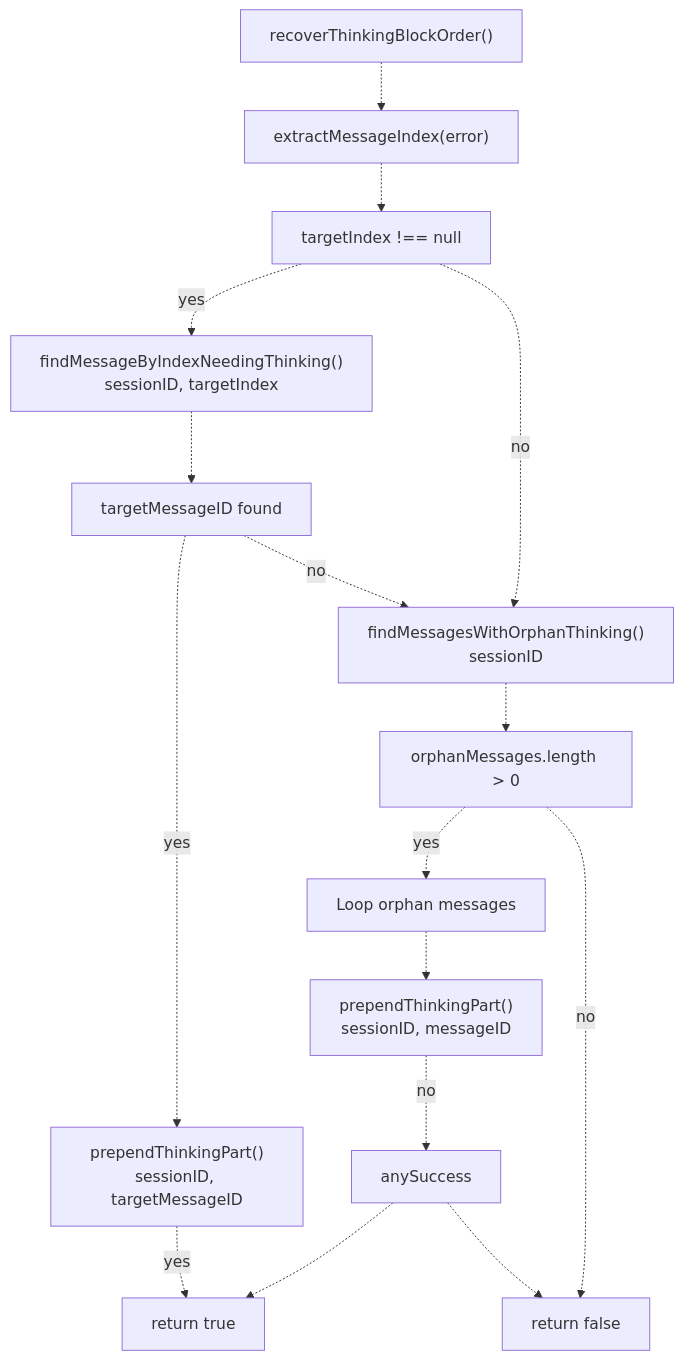
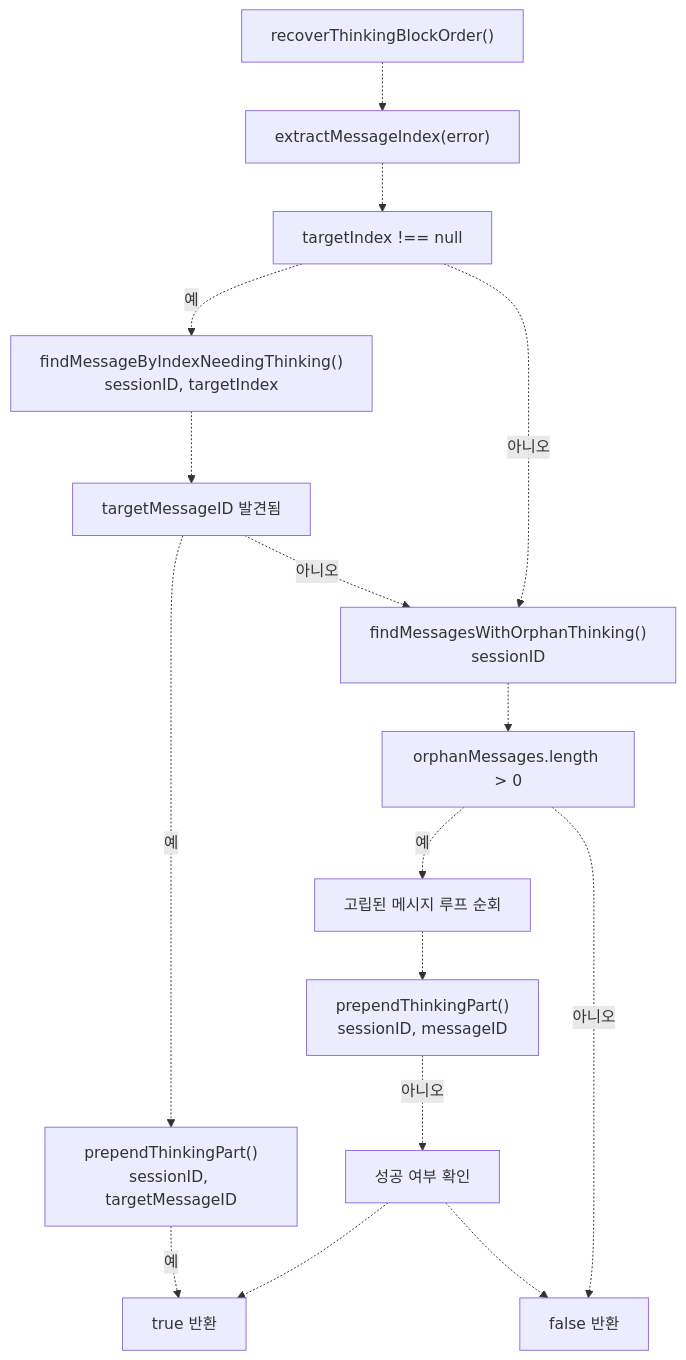
One commit to felipetruman/oh-my-opencode-docs changed the fourth of 8 diagrams in docs/reliability/session-recovery.md. Above: the diagram before and after it, drawn with Mermaid. The commit also changed other lines of this file and 76 other files, not shown here.

````diff
--- a/docs/reliability/session-recovery.md
+++ b/docs/reliability/session-recovery.md
@@ -195,33 +195,33 @@
 ```mermaid
 flowchart TD
 
 Start["recoverThinkingBlockOrder()"]
 ExtractIdx["extractMessageIndex(error)"]
 CheckIdx["targetIndex !== null"]
 FindByIdx["findMessageByIndexNeedingThinking()<br>sessionID, targetIndex"]
-CheckFound["targetMessageID found"]
+CheckFound["targetMessageID 발견됨"]
 Prepend1["prependThinkingPart()<br>sessionID, targetMessageID"]
 FindOrphans["findMessagesWithOrphanThinking()<br>sessionID"]
 CheckOrphans["orphanMessages.length > 0"]
-LoopOrphans["Loop orphan messages"]
+LoopOrphans["고립된 메시지 루프 순회"]
 Prepend2["prependThinkingPart()<br>sessionID, messageID"]
-CheckAnySuccess["anySuccess"]
-ReturnTrue["return true"]
-ReturnFalse["return false"]
+CheckAnySuccess["성공 여부 확인"]
+ReturnTrue["true 반환"]
+ReturnFalse["false 반환"]
 
 Start -.-> ExtractIdx
 ExtractIdx -.-> CheckIdx
-CheckIdx -.->|"yes"| FindByIdx
-CheckIdx -.->|"no"| FindOrphans
+CheckIdx -.->|"예"| FindByIdx
+CheckIdx -.->|"아니오"| FindOrphans
 FindByIdx -.-> CheckFound
-CheckFound -.->|"yes"| Prepend1
-CheckFound -.->|"no"| FindOrphans
-Prepend1 -.->|"yes"| ReturnTrue
+CheckFound -.->|"예"| Prepend1
+CheckFound -.->|"아니오"| FindOrphans
+Prepend1 -.->|"예"| ReturnTrue
 FindOrphans -.-> CheckOrphans
-CheckOrphans -.->|"yes"| LoopOrphans
-CheckOrphans -.->|"no"| ReturnFalse
+CheckOrphans -.->|"예"| LoopOrphans
+CheckOrphans -.->|"아니오"| ReturnFalse
 LoopOrphans -.-> Prepend2
-Prepend2 -.->|"no"| CheckAnySuccess
+Prepend2 -.->|"아니오"| CheckAnySuccess
 CheckAnySuccess -.-> ReturnTrue
 CheckAnySuccess -.-> ReturnFalse
 ```
````
